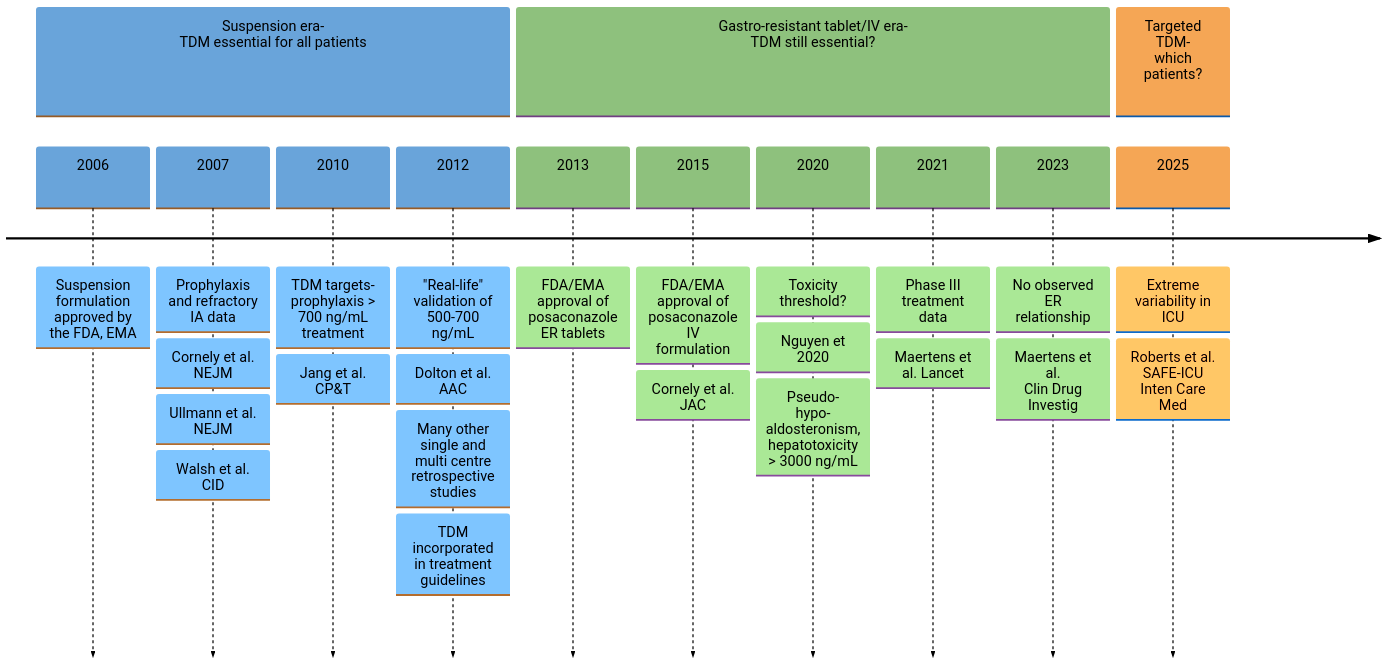
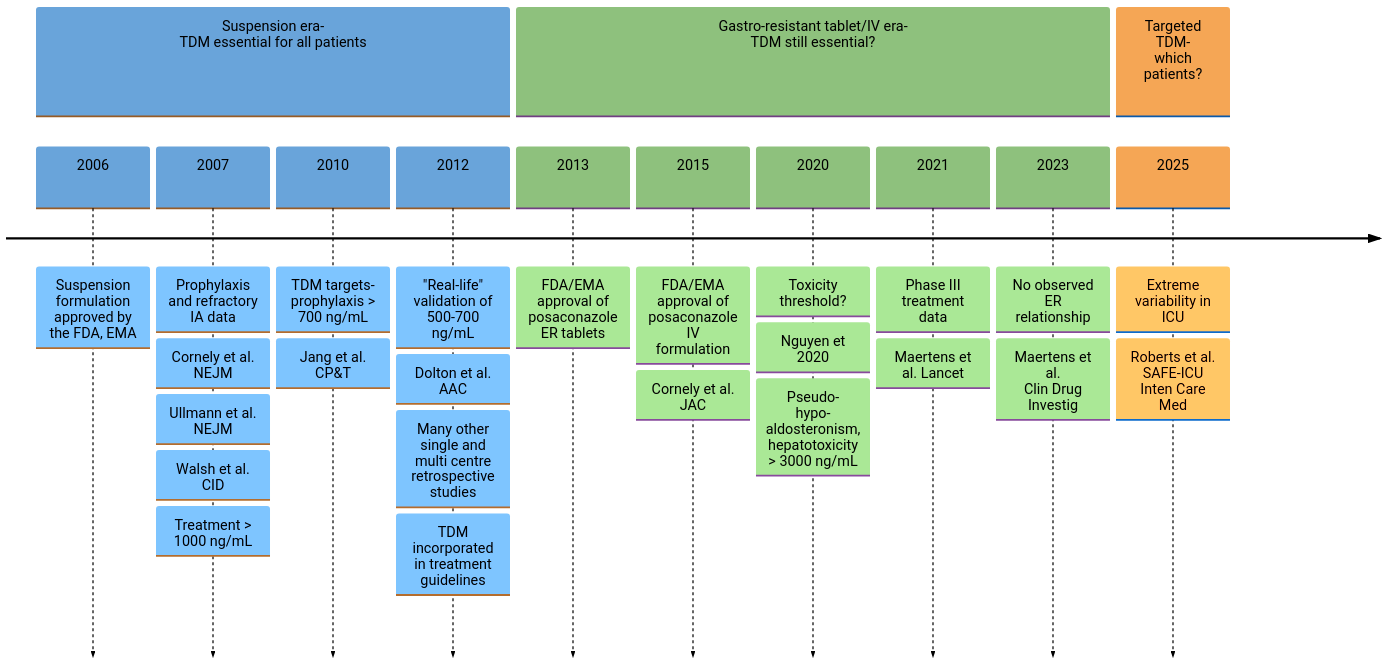
One commit to Russlewisbo/EPAG changed the diagram in Lecture1.qmd. Above: the diagram before and after it, drawn with Mermaid. The commit also changed other lines of this file and 2 other files, not shown here.

Commit message:
revision

````diff
--- a/Lecture1.qmd
+++ b/Lecture1.qmd
@@ -52,33 +52,33 @@
 ```{mermaid}
 %%{init: {
     'theme': 'base',
     'themeVariables': {
       'fontFamily': "Arial, sans-serif",
       'fontSize': '24px',
       'primaryColor': '#cfe2f3',
       'primaryTextColor': '#000000',
       'primaryBorderColor': '##ffffff',
       'lineColor': '#000000',
       'secondaryColor': '#d9ead3',
       'tertiaryColor': '#fce5cd'
     }
   }
 }%%
 
 
 timeline
 section Suspension era- <br>TDM essential for all patients
   2006: Suspension formulation approved by the FDA, EMA
-  2007: Prophylaxis and refractory IA data: Cornely et al. NEJM: Ullmann et al. NEJM: Walsh et al. CID
-  2010: TDM targets- prophylaxis > 700 ng/mL treatment: Jang et al. CP&T 
+  2007: Prophylaxis and refractory IA data: Cornely et al. NEJM: Ullmann et al. NEJM: Walsh et al. CID : Treatment > 1000 ng/mL
+  2010: TDM targets- prophylaxis > 700 ng/mL: Jang et al. CP&T 
   2012: "Real-life" validation of 500-700 ng/mL: Dolton et al. AAC: Many other single and multi centre retrospective studies : TDM incorporated in treatment guidelines
 section Gastro-resistant tablet/IV era- <br> TDM still essential?
   2013: FDA/EMA approval of posaconazole ER tablets 
   2015: FDA/EMA approval of posaconazole IV formulation: Cornely et al. JAC
   2020: Toxicity threshold? : Nguyen et 2020: Pseudo- <br>hypo- <br>aldosteronism, hepatotoxicity > 3000 ng/mL
   2021: Phase III treatment data: Maertens et al. Lancet 
   2023: No observed ER relationship: Maertens et al.  <br>Clin Drug Investig
 section Targeted TDM- <br> which patients?
   2025: Extreme variability in ICU : Roberts et al. <br> SAFE-ICU <br> Inten Care Med
   
 ```
````
